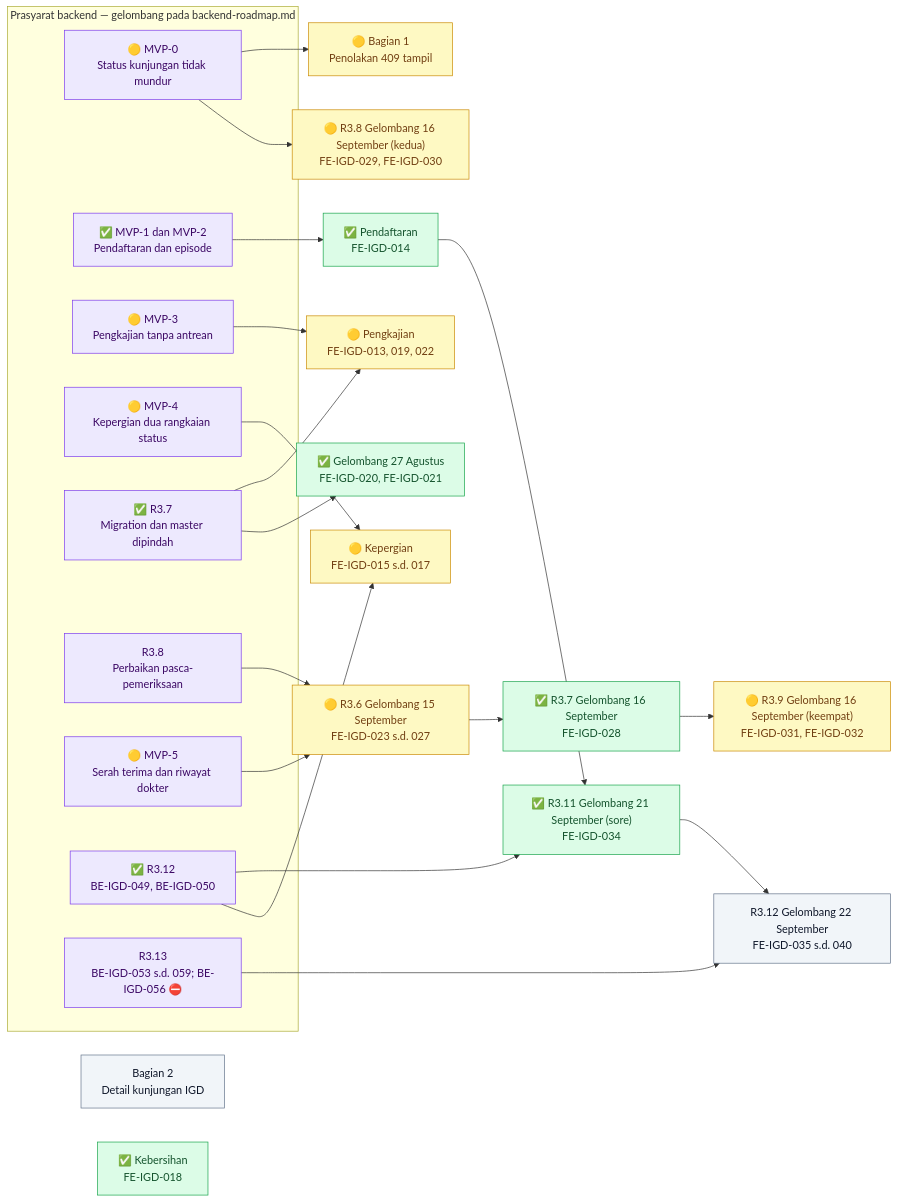
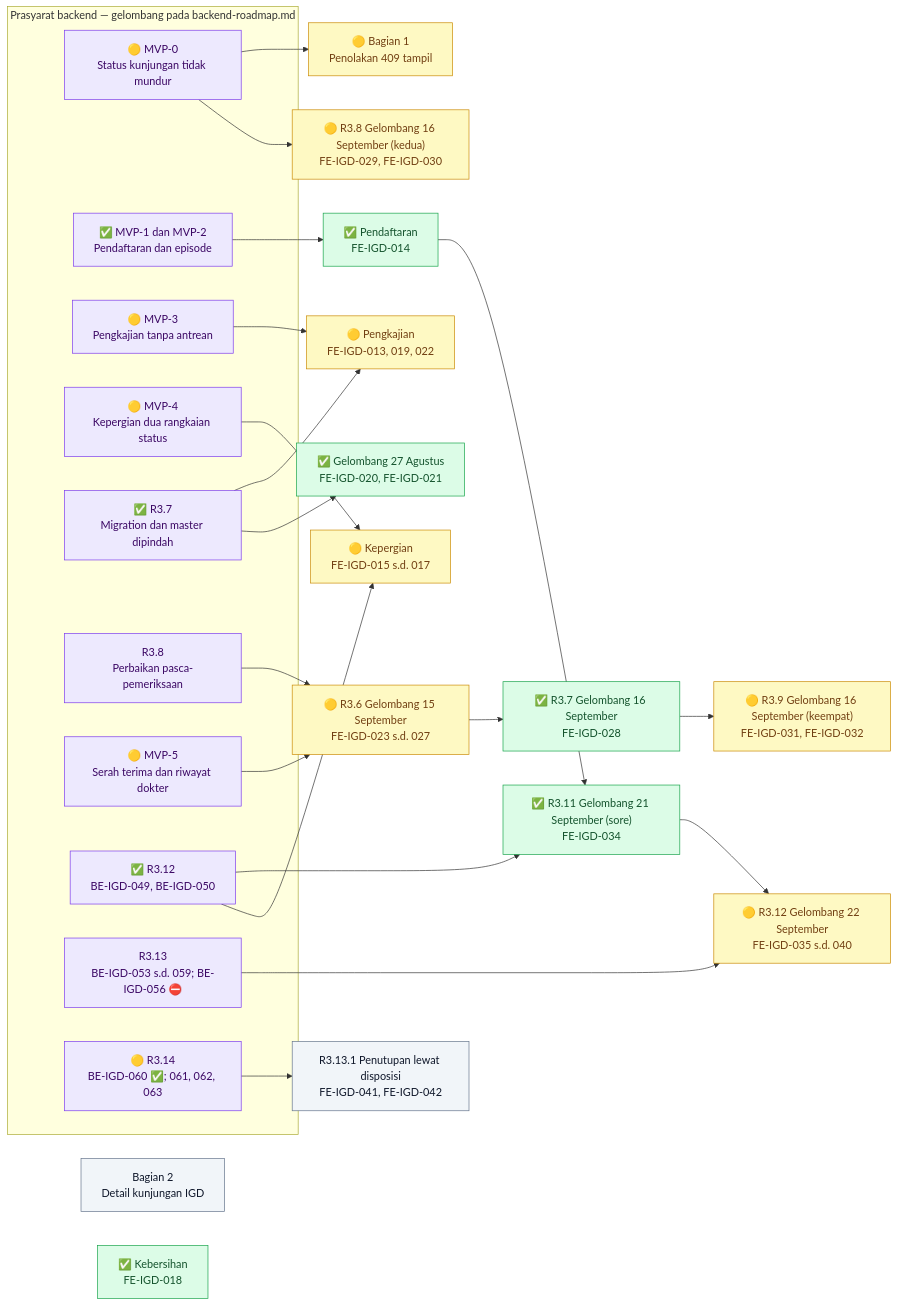
Before and after one commit to DevBenari/NewQuilvianSystemBackend: the first of 12 diagrams in docs/module-blueprints/igd/roadmap/frontend-roadmap.md, drawn with Mermaid. The commit also changed other lines of this file and 23 other files, not shown here.

````diff
--- a/docs/module-blueprints/igd/roadmap/frontend-roadmap.md
+++ b/docs/module-blueprints/igd/roadmap/frontend-roadmap.md
@@ -73,51 +75,54 @@
 ```mermaid
 flowchart LR
     classDef selesai fill:#DCFCE7,stroke:#16A34A,color:#14532D
     classDef sebagian fill:#FEF9C3,stroke:#CA8A04,color:#713F12
     classDef terblokir fill:#FEE2E2,stroke:#DC2626,color:#7F1D1D
     classDef belum fill:#F1F5F9,stroke:#64748B,color:#0F172A
     classDef luar fill:#EDE9FE,stroke:#7C3AED,color:#3B0764
 
     subgraph backend["Prasyarat backend — gelombang pada backend-roadmap.md"]
         BMVP0["🟡 MVP-0<br/>Status kunjungan tidak mundur"]:::luar
         BMVP12["✅ MVP-1 dan MVP-2<br/>Pendaftaran dan episode"]:::luar
         BMVP3["🟡 MVP-3<br/>Pengkajian tanpa antrean"]:::luar
         BMVP4["🟡 MVP-4<br/>Kepergian dua rangkaian status"]:::luar
         BR37["✅ R3.7<br/>Migration dan master dipindah"]:::luar
         BR38["R3.8<br/>Perbaikan pasca-pemeriksaan"]:::luar
         BMVP5["🟡 MVP-5<br/>Serah terima dan riwayat dokter"]:::luar
         BR312["✅ R3.12<br/>BE-IGD-049, BE-IGD-050"]:::luar
         BR313["R3.13<br/>BE-IGD-053 s.d. 059; BE-IGD-056 ⛔"]:::luar
+        BR314["🟡 R3.14<br/>BE-IGD-060 ✅; 061, 062, 063"]:::luar
     end
 
     FMVP0["🟡 Bagian 1<br/>Penolakan 409 tampil"]:::sebagian
     FWARIS["Bagian 2<br/>Detail kunjungan IGD"]:::belum
     FDAFTAR["✅ Pendaftaran<br/>FE-IGD-014"]:::selesai
     FKAJI["🟡 Pengkajian<br/>FE-IGD-013, 019, 022"]:::sebagian
     FPERGI["🟡 Kepergian<br/>FE-IGD-015 s.d. 017"]:::sebagian
     FMASTER["✅ Gelombang 27 Agustus<br/>FE-IGD-020, FE-IGD-021"]:::selesai
     FBERSIH["✅ Kebersihan<br/>FE-IGD-018"]:::selesai
     FPASCA["🟡 R3.6 Gelombang 15 September<br/>FE-IGD-023 s.d. 027"]:::sebagian
     FPASCA2["✅ R3.7 Gelombang 16 September<br/>FE-IGD-028"]:::selesai
     FARRIVED["🟡 R3.8 Gelombang 16 September (kedua)<br/>FE-IGD-029, FE-IGD-030"]:::sebagian
     FTATA["🟡 R3.9 Gelombang 16 September (keempat)<br/>FE-IGD-031, FE-IGD-032"]:::sebagian
     FPRA["✅ R3.11 Gelombang 21 September (sore)<br/>FE-IGD-034"]:::selesai
-    FENC["R3.12 Gelombang 22 September<br/>FE-IGD-035 s.d. 040"]:::belum
+    FENC["🟡 R3.12 Gelombang 22 September<br/>FE-IGD-035 s.d. 040"]:::sebagian
+    FCLOSE["R3.13.1 Penutupan lewat disposisi<br/>FE-IGD-041, FE-IGD-042"]:::belum
 
     BMVP0 --> FMVP0
     BMVP0 --> FARRIVED
     BMVP12 --> FDAFTAR
     BMVP3 --> FKAJI
     BR37 --> FKAJI
     BMVP4 --> FPERGI
     BR37 --> FMASTER
     BR38 --> FPASCA
     BMVP5 --> FPASCA
     FPASCA --> FPASCA2
     FPASCA2 --> FTATA
     BR312 --> FPRA
     BR312 --> FPERGI
     FDAFTAR --> FPRA
     BR313 --> FENC
     FPRA --> FENC
+    BR314 --> FCLOSE
 ```
````
